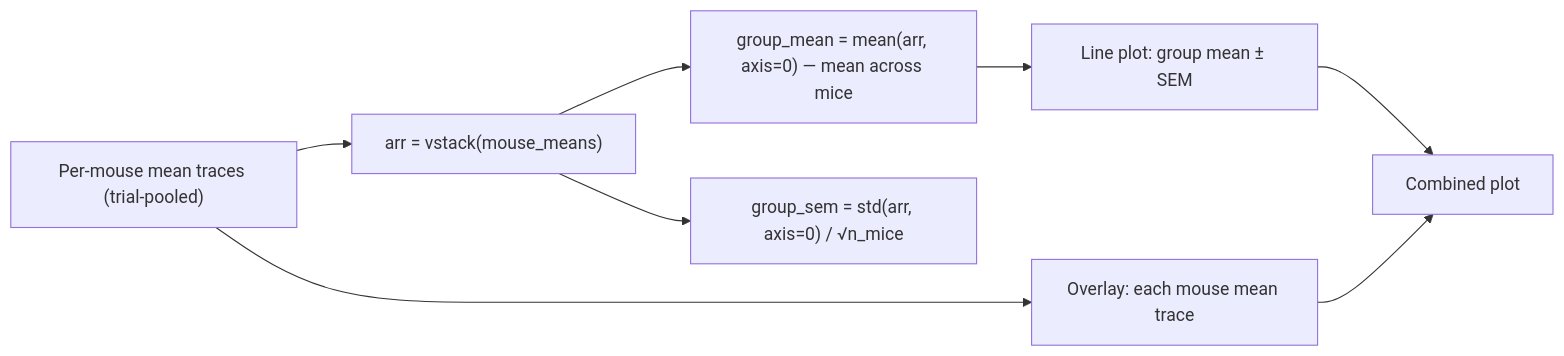
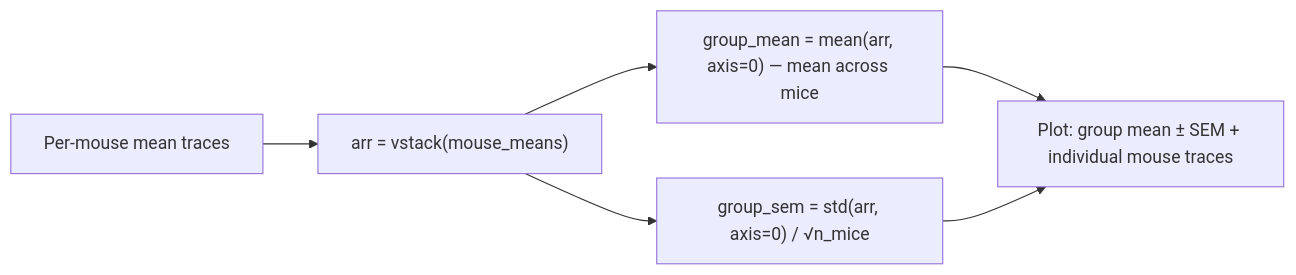
Diagram 13 of 14 in data_processing audit.md (ParekhLabUTD/fiberGrapher), drawn with Mermaid before and after one commit. The commit also changed other lines of this file and 1 other file, not shown here.

````diff
--- a/data_processing audit.md
+++ b/data_processing audit.md
@@ -124,10 +262,8 @@
 ```mermaid
 graph LR
-    A["Per-mouse mean traces (trial-pooled)"] --> B["arr = vstack(mouse_means)"]
+    A["Per-mouse mean traces"] --> B["arr = vstack(mouse_means)"]
     B --> C["group_mean = mean(arr, axis=0) — mean across mice"]
     B --> D["group_sem = std(arr, axis=0) / √n_mice"]
-    C --> E["Line plot: group mean ± SEM"]
-    A --> F["Overlay: each mouse mean trace"]
-    E --> G["Combined plot"]
-    F --> G
+    C --> E["Plot: group mean ± SEM + individual mouse traces"]
+    D --> E
 ```
````
